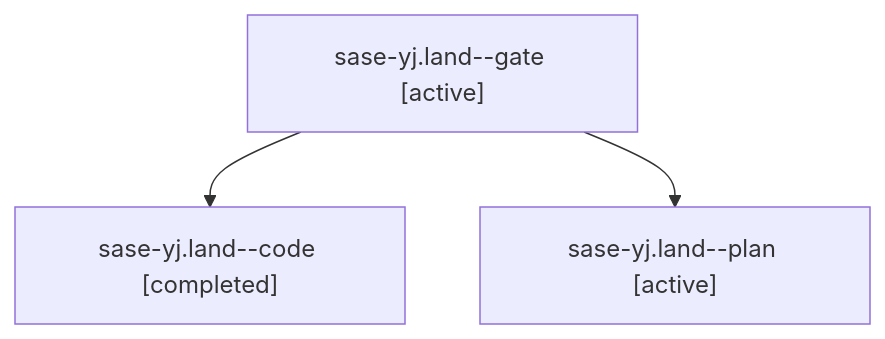
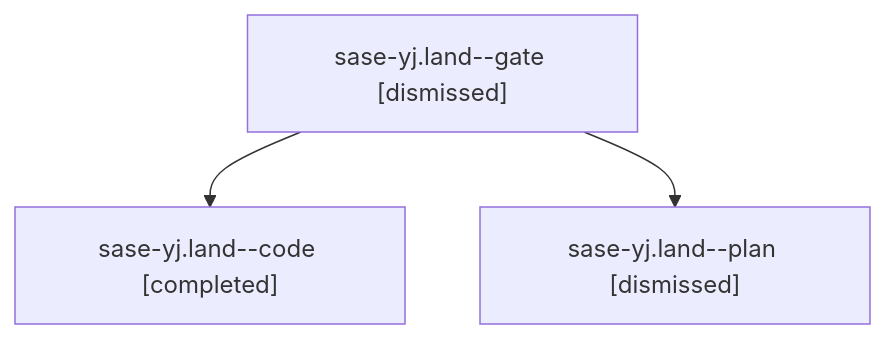
One commit to sase-org/sase--agents changed the diagram in sessions/bbugyi200.athena.sase-yj.land.md. Above: the diagram before and after it, drawn with Mermaid. The commit also changed other lines of this file and 141 other files, not shown here.

````diff
--- a/sessions/bbugyi200.athena.sase-yj.land.md
+++ b/sessions/bbugyi200.athena.sase-yj.land.md
@@ -9,8 +9,8 @@
 ```mermaid
 flowchart TD
-  n0["sase-yj.land--gate [active]"]
+  n0["sase-yj.land--gate [dismissed]"]
   n1["sase-yj.land--code [completed]"]
   n0 --> n1
-  n2["sase-yj.land--plan [active]"]
+  n2["sase-yj.land--plan [dismissed]"]
   n0 --> n2
 ```
````
